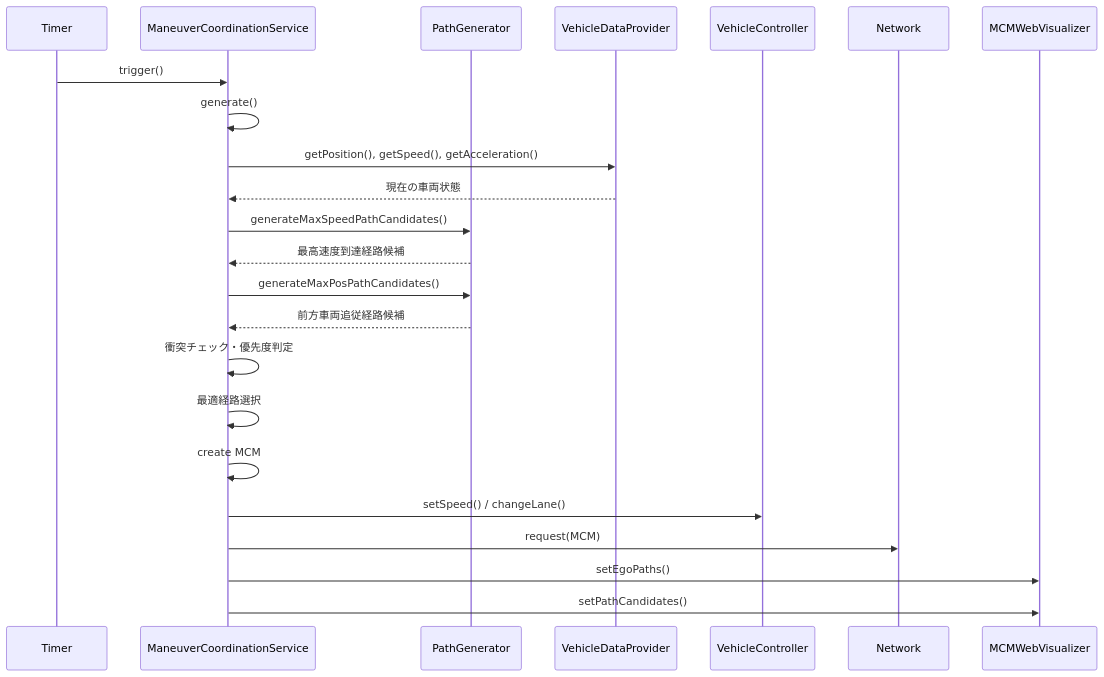
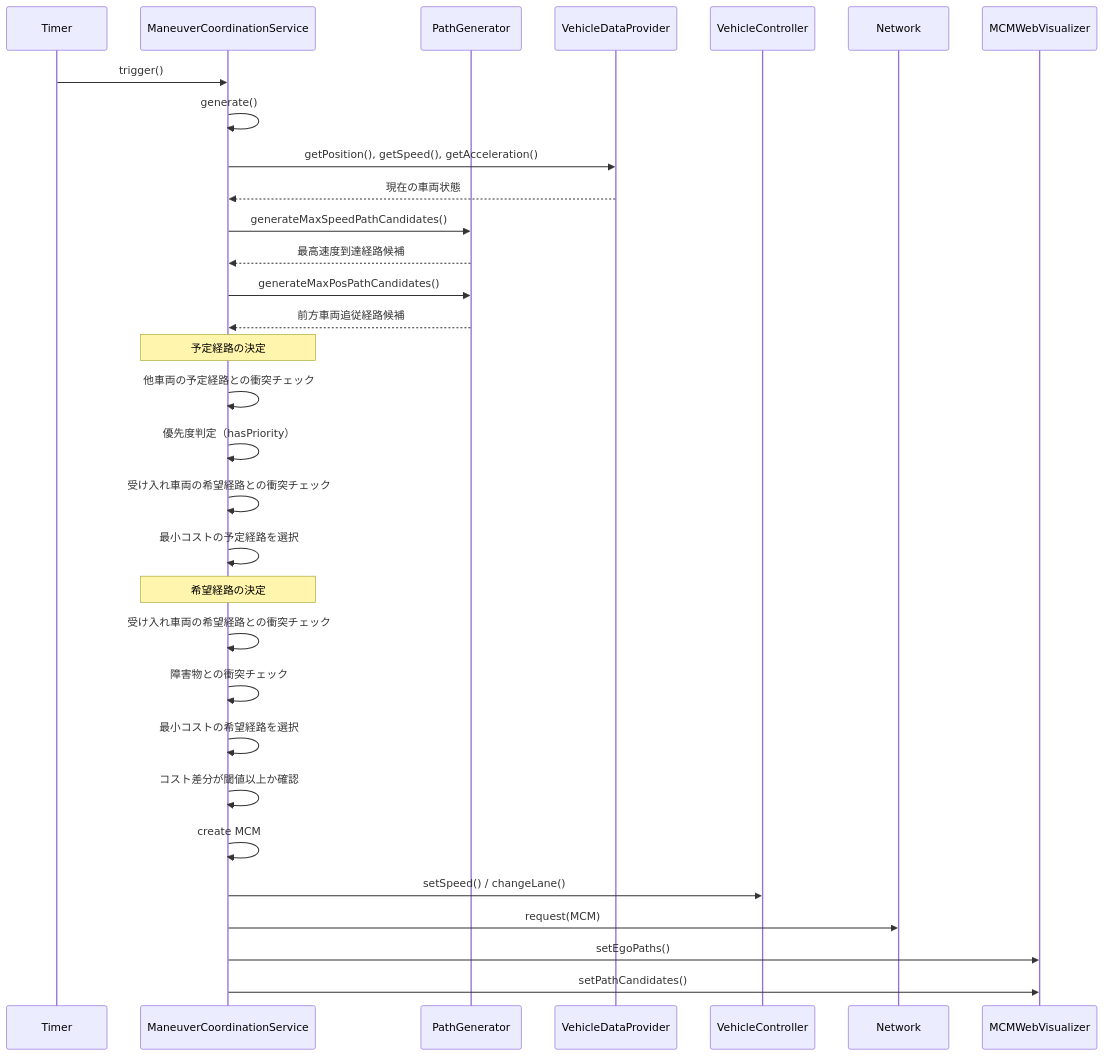
One commit to n7n788/OpenCV2X changed the second of 6 diagrams in README.md. Above: the diagram before and after it, drawn with Mermaid. The commit also changed other lines of this file, not shown here.

````diff
--- a/README.md
+++ b/README.md
@@ -159,34 +159,43 @@
 ```mermaid
 sequenceDiagram
     participant Timer
     participant MCS as ManeuverCoordinationService
     participant PG as PathGenerator
     participant VDP as VehicleDataProvider
     participant VC as VehicleController
     participant Network
     participant Viz as MCMWebVisualizer
 
     Timer->>MCS: trigger()
     MCS->>MCS: generate()
     
     MCS->>VDP: getPosition(), getSpeed(), getAcceleration()
     VDP-->>MCS: 現在の車両状態
     
     MCS->>PG: generateMaxSpeedPathCandidates()
     PG-->>MCS: 最高速度到達経路候補
     
     MCS->>PG: generateMaxPosPathCandidates()
     PG-->>MCS: 前方車両追従経路候補
     
-    MCS->>MCS: 衝突チェック・優先度判定
-    MCS->>MCS: 最適経路選択
+    Note over MCS: 予定経路の決定
+    MCS->>MCS: 他車両の予定経路との衝突チェック
+    MCS->>MCS: 優先度判定（hasPriority）
+    MCS->>MCS: 受け入れ車両の希望経路との衝突チェック
+    MCS->>MCS: 最小コストの予定経路を選択
+    
+    Note over MCS: 希望経路の決定
+    MCS->>MCS: 受け入れ車両の希望経路との衝突チェック
+    MCS->>MCS: 障害物との衝突チェック
+    MCS->>MCS: 最小コストの希望経路を選択
+    MCS->>MCS: コスト差分が閾値以上か確認
     
     MCS->>MCS: create MCM
     
     MCS->>VC: setSpeed() / changeLane()
     
     MCS->>Network: request(MCM)
     
     MCS->>Viz: setEgoPaths()
     MCS->>Viz: setPathCandidates()
 ```
````
